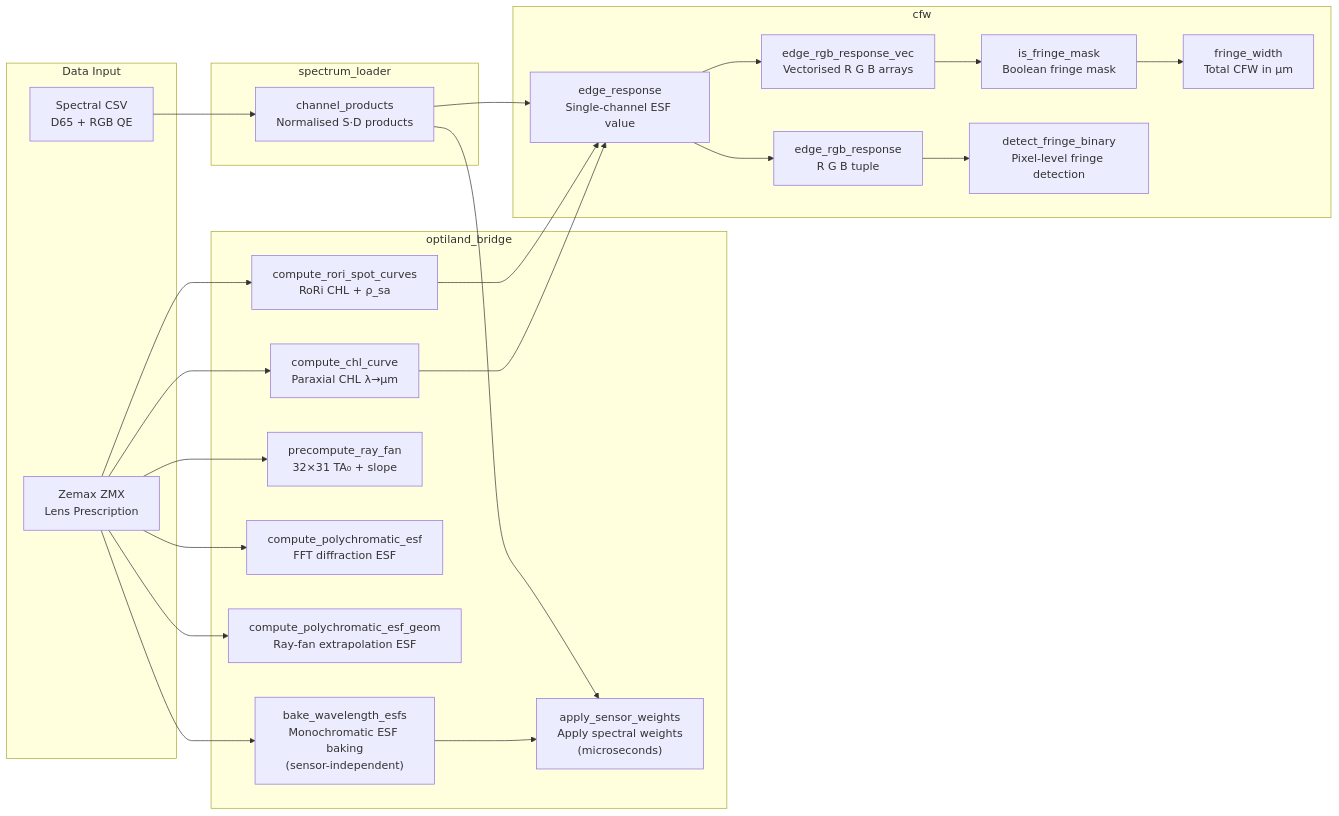
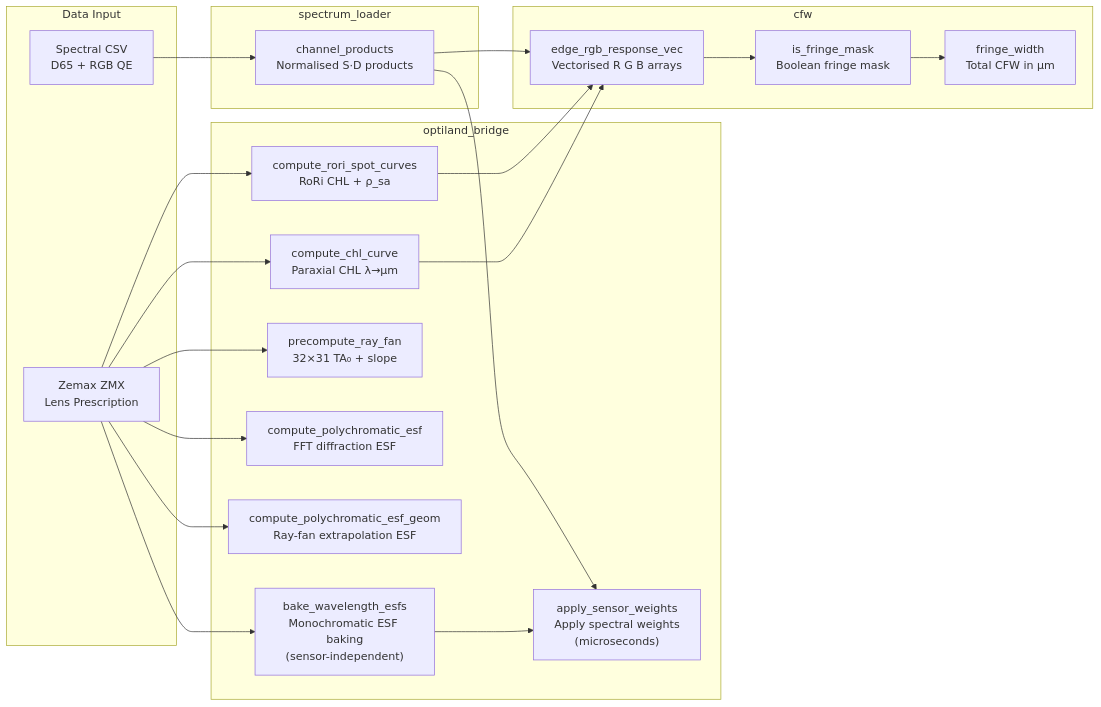
The second of 2 diagrams in report/ChromFringe_Report.md (Leyangf/ColorFringeCalculation), drawn with Mermaid before and after one commit. The commit also changed other lines of this file and 4 other files, not shown here.

````diff
--- a/report/ChromFringe_Report.md
+++ b/report/ChromFringe_Report.md
@@ -158,38 +158,34 @@
 ```mermaid
 flowchart LR
     subgraph Data Input
         ZMX["Zemax ZMX<br/>Lens Prescription"]
         CSV["Spectral CSV<br/>D65 + RGB QE"]
     end
 
     subgraph optiland_bridge
         CHL["compute_chl_curve<br/>Paraxial CHL λ→µm"]
         RORI["compute_rori_spot_curves<br/>RoRi CHL + ρ_sa"]
         FAN["precompute_ray_fan<br/>32×31 TA₀ + slope"]
         FFT["compute_polychromatic_esf<br/>FFT diffraction ESF"]
         GEOM["compute_polychromatic_esf_geom<br/>Ray-fan extrapolation ESF"]
         BAKE["bake_wavelength_esfs<br/>Monochromatic ESF baking<br/>(sensor-independent)"]
         APPLY["apply_sensor_weights<br/>Apply spectral weights<br/>(microseconds)"]
     end
 
     subgraph spectrum_loader
         SD["channel_products<br/>Normalised S·D products"]
     end
 
     subgraph cfw
-        ER["edge_response<br/>Single-channel ESF value"]
-        ERGB["edge_rgb_response<br/>R G B tuple"]
         ERVEC["edge_rgb_response_vec<br/>Vectorised R G B arrays"]
         IFM["is_fringe_mask<br/>Boolean fringe mask"]
-        DFB["detect_fringe_binary<br/>Pixel-level fringe detection"]
         FW["fringe_width<br/>Total CFW in µm"]
     end
 
     ZMX --> CHL & RORI & FAN & FFT & GEOM & BAKE
     BAKE --> APPLY
     CSV --> SD
-    SD --> ER & APPLY
-    CHL & RORI --> ER
-    ER --> ERGB --> DFB
-    ER --> ERVEC --> IFM --> FW
+    SD --> ERVEC & APPLY
+    CHL & RORI --> ERVEC
+    ERVEC --> IFM --> FW
 ```
````
